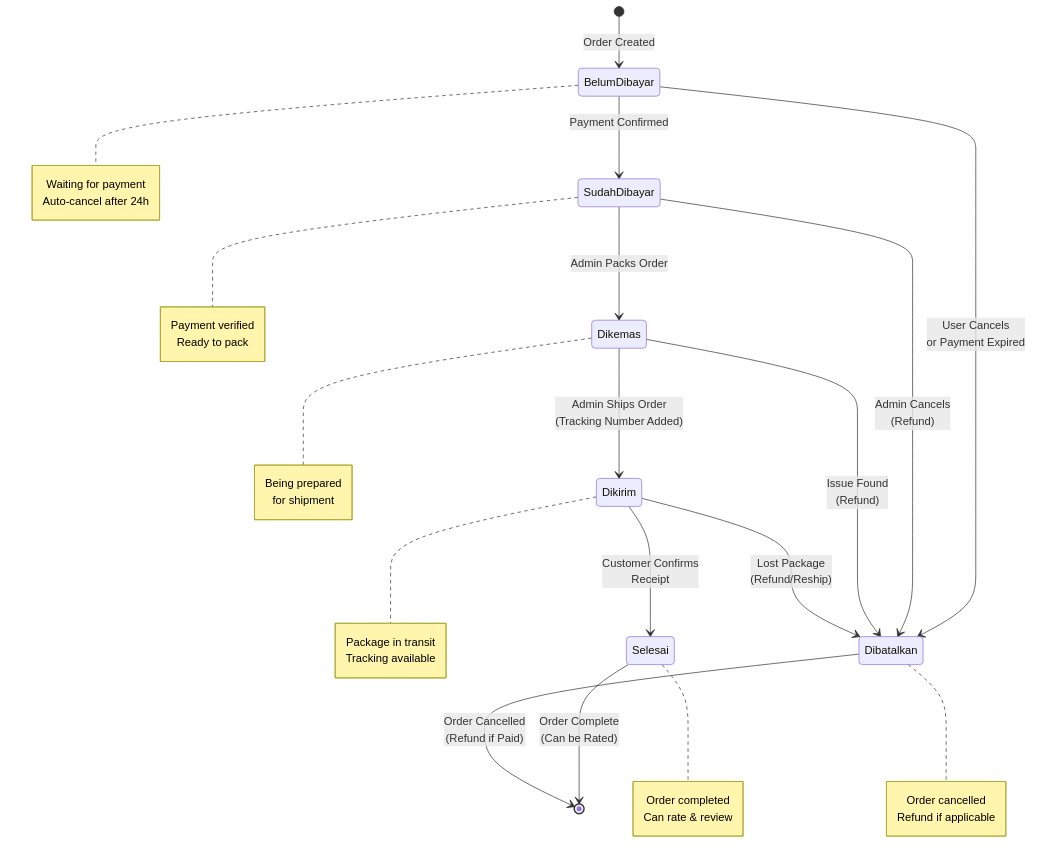
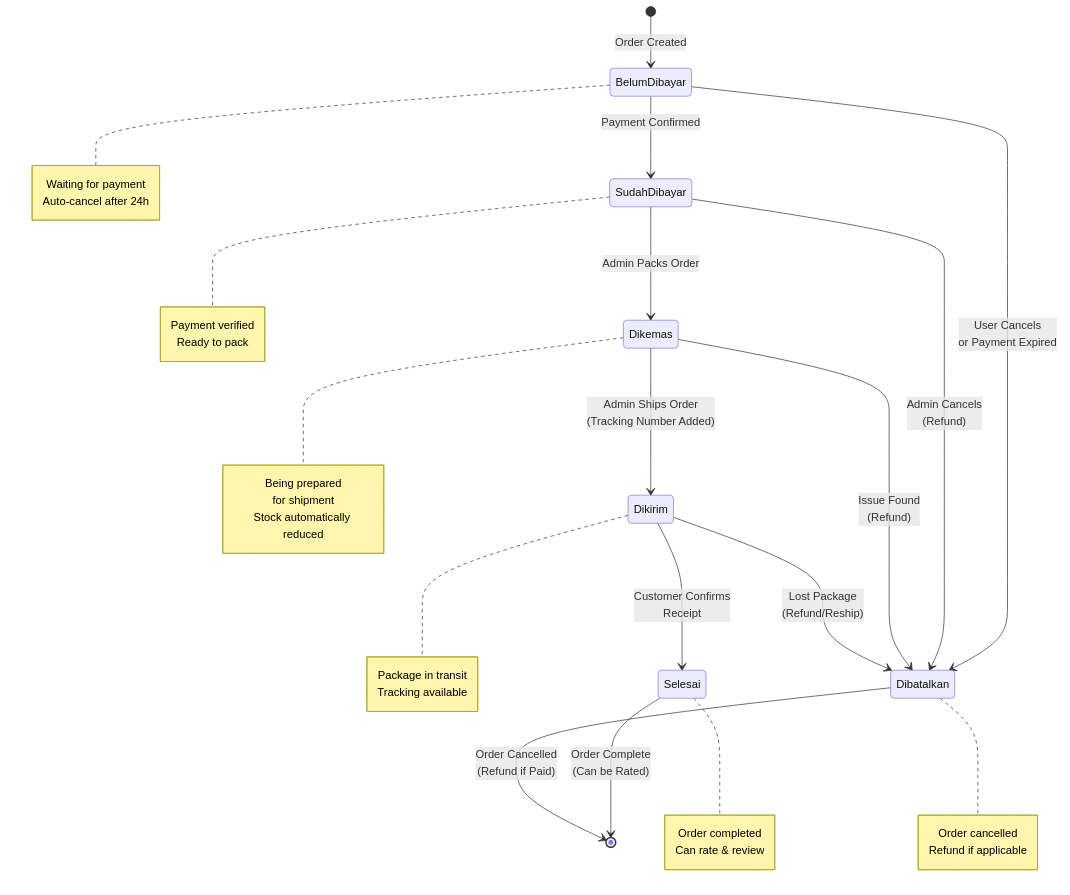
The first of 7 diagrams in docs/STATE_DIAGRAM.md (Ali14715/Athleon), drawn with Mermaid before and after one commit. The commit also changed other lines of this file and 5 other files, not shown here.

````diff
--- a/docs/STATE_DIAGRAM.md
+++ b/docs/STATE_DIAGRAM.md
@@ -9,49 +16,50 @@
 ```mermaid
 stateDiagram-v2
     [*] --> BelumDibayar: Order Created
     
     BelumDibayar --> SudahDibayar: Payment Confirmed
     BelumDibayar --> Dibatalkan: User Cancels<br/>or Payment Expired
     
     SudahDibayar --> Dikemas: Admin Packs Order
     SudahDibayar --> Dibatalkan: Admin Cancels<br/>(Refund)
     
     Dikemas --> Dikirim: Admin Ships Order<br/>(Tracking Number Added)
     Dikemas --> Dibatalkan: Issue Found<br/>(Refund)
     
     Dikirim --> Selesai: Customer Confirms<br/>Receipt
     Dikirim --> Dibatalkan: Lost Package<br/>(Refund/Reship)
     
     Selesai --> [*]: Order Complete<br/>(Can be Rated)
     Dibatalkan --> [*]: Order Cancelled<br/>(Refund if Paid)
     
     note right of BelumDibayar
         Waiting for payment
         Auto-cancel after 24h
     end note
     
     note right of SudahDibayar
         Payment verified
         Ready to pack
     end note
     
     note right of Dikemas
         Being prepared
         for shipment
+        Stock automatically reduced
     end note
     
     note right of Dikirim
         Package in transit
         Tracking available
     end note
     
     note right of Selesai
         Order completed
         Can rate & review
     end note
     
     note right of Dibatalkan
         Order cancelled
         Refund if applicable
     end note
 ```
````
